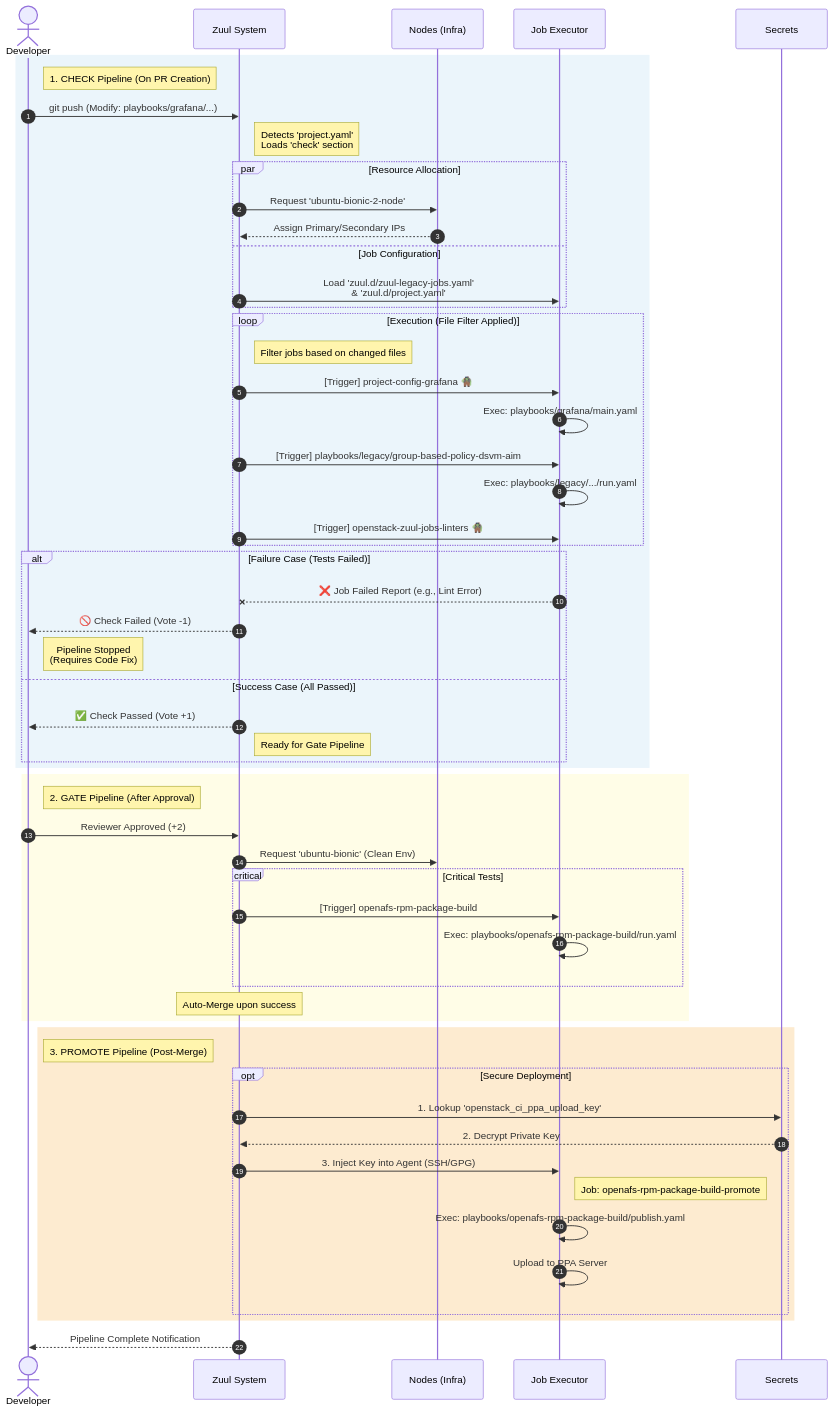
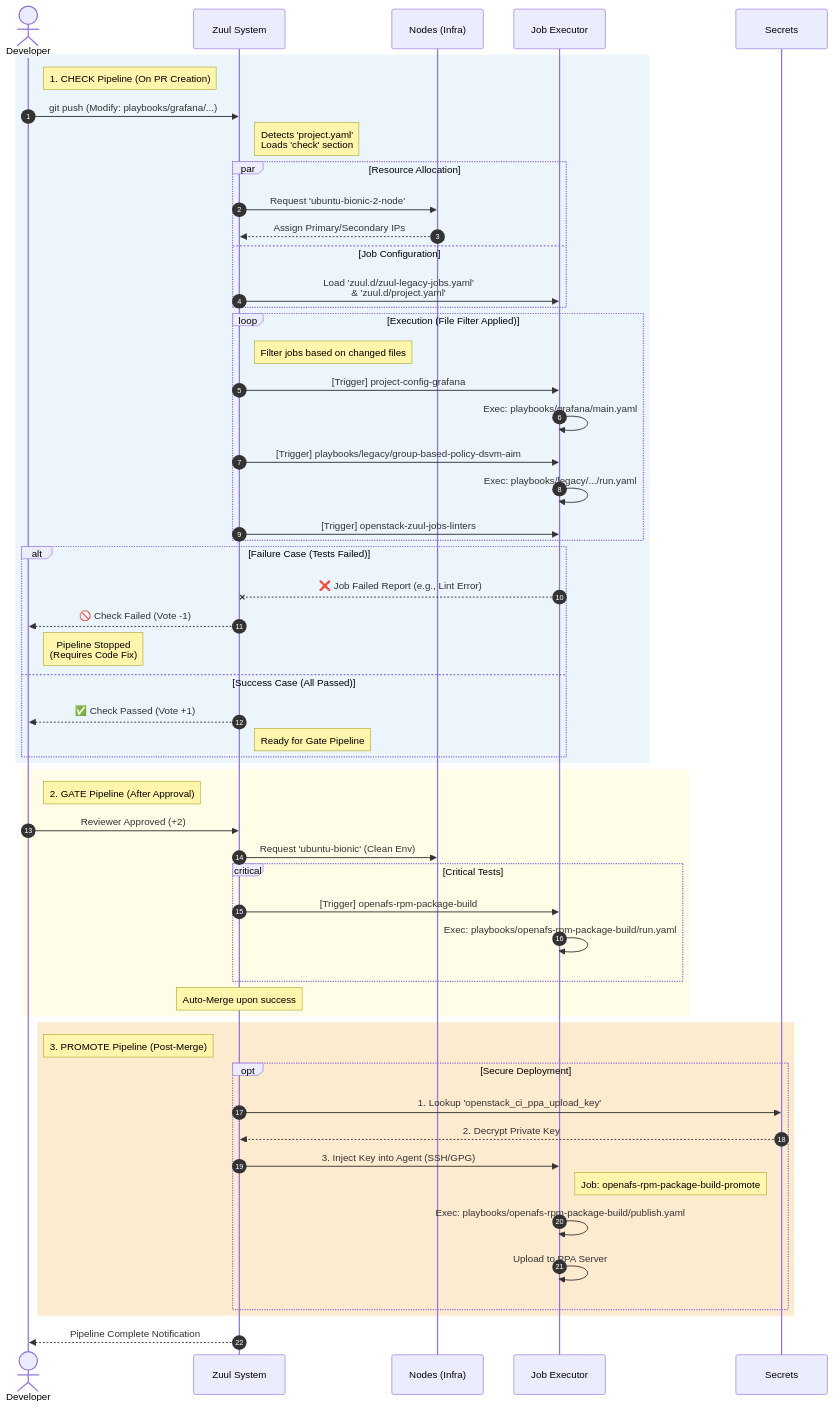
Before and after one commit to imjyong/repo-flows: the diagram in zuul-pipeline-sequence.mmd, drawn with Mermaid.

```diff
--- a/zuul-pipeline-sequence.mmd
+++ b/zuul-pipeline-sequence.mmd
@@ -1,80 +1,80 @@
 sequenceDiagram
     autonumber
     actor Dev as Developer
     participant Zuul as Zuul System
     participant Nodes as Nodes (Infra)
     participant Job as Job Executor
     participant Secret as Secrets
 
     %% 1. CHECK PIPELINE
     rect rgb(235, 245, 251)
         Note right of Dev: 1. CHECK Pipeline (On PR Creation)
         Dev->>Zuul: git push (Modify: playbooks/grafana/...)
         
         Note right of Zuul: Detects 'project.yaml'<br/>Loads 'check' section
 
         par Resource Allocation
             Zuul->>Nodes: Request 'ubuntu-bionic-2-node'
             Nodes-->>Zuul: Assign Primary/Secondary IPs
         and Job Configuration
             Zuul->>Job: Load 'zuul.d/zuul-legacy-jobs.yaml'<br/>& 'zuul.d/project.yaml'
         end
 
         loop Execution (File Filter Applied)
             Note right of Zuul: Filter jobs based on changed files
             
             %% Case A: Grafana
-            Zuul->>Job: [Trigger] project-config-grafana 🧌
+            Zuul->>Job: [Trigger] project-config-grafana
             Job->>Job: Exec: playbooks/grafana/main.yaml
             
             %% Case B: Legacy
             Zuul->>Job: [Trigger] playbooks/legacy/group-based-policy-dsvm-aim
             Job->>Job: Exec: playbooks/legacy/.../run.yaml
             
             %% Case C: Linters
-            Zuul->>Job: [Trigger] openstack-zuul-jobs-linters 🧌
+            Zuul->>Job: [Trigger] openstack-zuul-jobs-linters
         end
 
         %% Success/Failure Logic
         alt Failure Case (Tests Failed)
             Job--xZuul: ❌ Job Failed Report (e.g., Lint Error)
             Zuul-->>Dev: 🚫 Check Failed (Vote -1)
             Note right of Dev: Pipeline Stopped<br/>(Requires Code Fix)
         else Success Case (All Passed)
             Zuul-->>Dev: ✅ Check Passed (Vote +1)
             Note right of Zuul: Ready for Gate Pipeline
         end
     end
 
     %% 2. GATE PIPELINE
     rect rgb(255, 253, 231)
         Note right of Dev: 2. GATE Pipeline (After Approval)
         Dev->>Zuul: Reviewer Approved (+2)
         
         Zuul->>Nodes: Request 'ubuntu-bionic' (Clean Env)
         
         critical Critical Tests
             Zuul->>Job: [Trigger] openafs-rpm-package-build
             Job->>Job: Exec: playbooks/openafs-rpm-package-build/run.yaml
         end
         
         Note over Zuul: Auto-Merge upon success
     end
 
     %% 3. PROMOTE PIPELINE
     rect rgb(253, 235, 208)
         Note right of Dev: 3. PROMOTE Pipeline (Post-Merge)
         
         opt Secure Deployment
             Zuul->>Secret: 1. Lookup 'openstack_ci_ppa_upload_key'
             Secret-->>Zuul: 2. Decrypt Private Key
             
             Zuul->>Job: 3. Inject Key into Agent (SSH/GPG)
             
             Note right of Job: Job: openafs-rpm-package-build-promote
             Job->>Job: Exec: playbooks/openafs-rpm-package-build/publish.yaml
             Job->>Job: Upload to PPA Server
         end
     end
 
     Zuul-->>Dev: Pipeline Complete Notification
```
